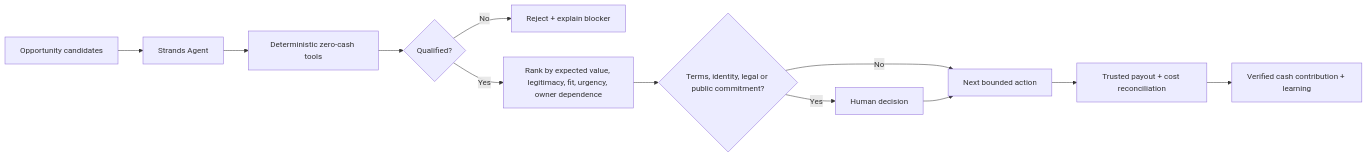
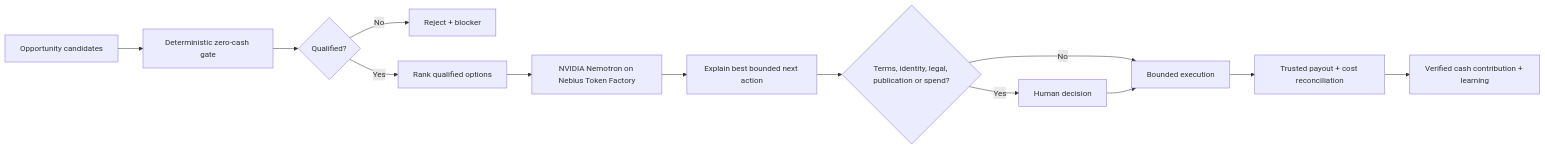
The diagram in README.md (crisjonblvx/earn-before-spend-agent), drawn with Mermaid before and after one commit. The commit also changed other lines of this file, not shown here.

Commit message:
Document Nebius Token Factory and NVIDIA Nemotron integration

````diff
--- a/README.md
+++ b/README.md
@@ -36,14 +69,15 @@
 ```mermaid
 flowchart LR
-    A[Opportunity candidates] --> B[Strands Agent]
-    B --> C[Deterministic zero-cash tools]
-    C --> D{Qualified?}
-    D -- No --> E[Reject + explain blocker]
-    D -- Yes --> F[Rank by expected value, legitimacy, fit, urgency, owner dependence]
-    F --> G{Terms, identity, legal or public commitment?}
-    G -- Yes --> H[Human decision]
-    G -- No --> I[Next bounded action]
-    H --> I
-    I --> J[Trusted payout + cost reconciliation]
-    J --> K[Verified cash contribution + learning]
+    A[Opportunity candidates] --> B[Deterministic zero-cash gate]
+    B --> C{Qualified?}
+    C -- No --> D[Reject + blocker]
+    C -- Yes --> E[Rank qualified options]
+    E --> F[NVIDIA Nemotron on Nebius Token Factory]
+    F --> G[Explain best bounded next action]
+    G --> H{Terms, identity, legal, publication or spend?}
+    H -- Yes --> I[Human decision]
+    H -- No --> J[Bounded execution]
+    I --> J
+    J --> K[Trusted payout + cost reconciliation]
+    K --> L[Verified cash contribution + learning]
 ```
````
